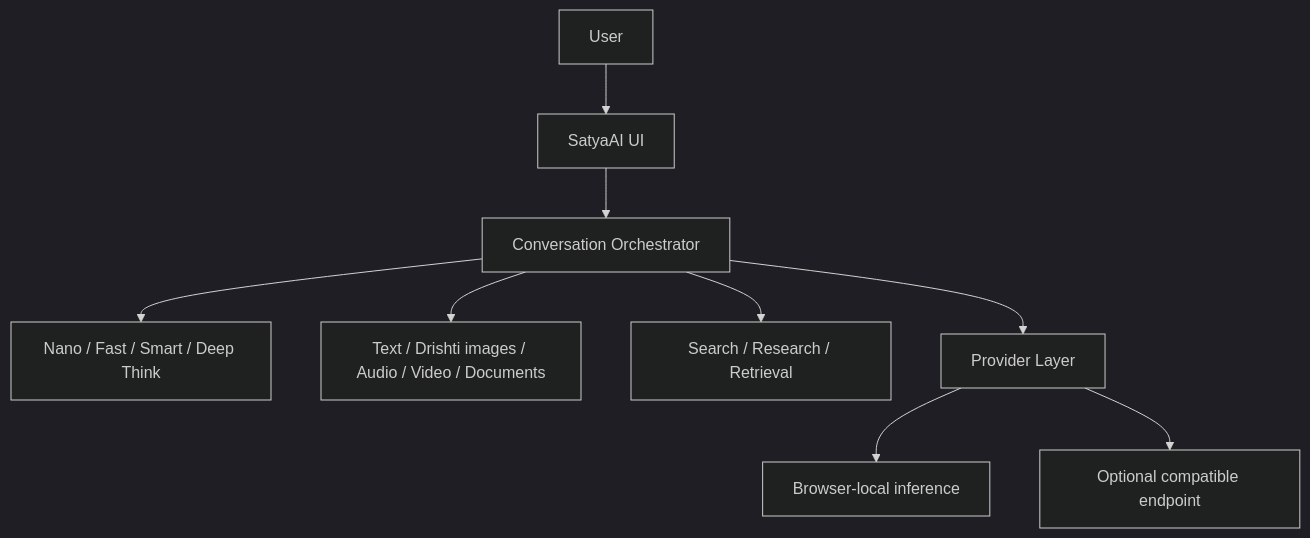
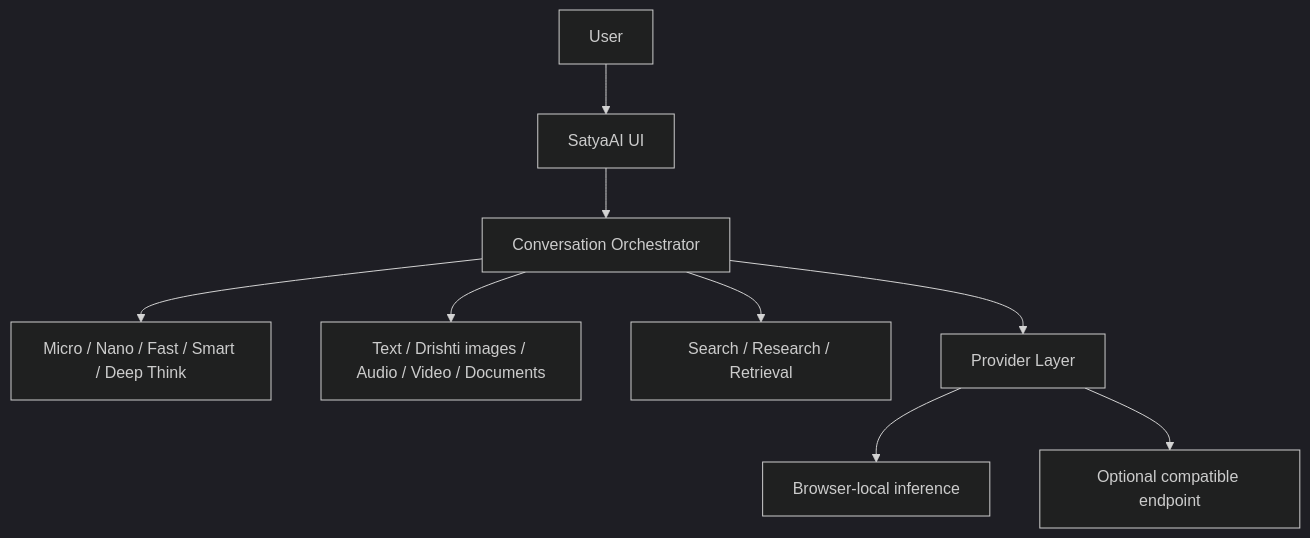
Before and after one commit to SatyajitBeura2468/SatyaAI: the diagram in README.md, drawn with Mermaid (dark theme). The commit also changed other lines of this file and 21 other files, not shown here.

````diff
--- a/README.md
+++ b/README.md
@@ -28,11 +28,11 @@
 ```mermaid
 flowchart TD
   User --> UI[SatyaAI UI]
   UI --> Orchestrator[Conversation Orchestrator]
-  Orchestrator --> Modes[Nano / Fast / Smart / Deep Think]
+  Orchestrator --> Modes[Micro / Nano / Fast / Smart / Deep Think]
   Orchestrator --> Perception[Text / Drishti images / Audio / Video / Documents]
   Orchestrator --> Tools[Search / Research / Retrieval]
   Orchestrator --> Providers[Provider Layer]
   Providers --> Local[Browser-local inference]
   Providers --> Remote[Optional compatible endpoint]
 ```
````
